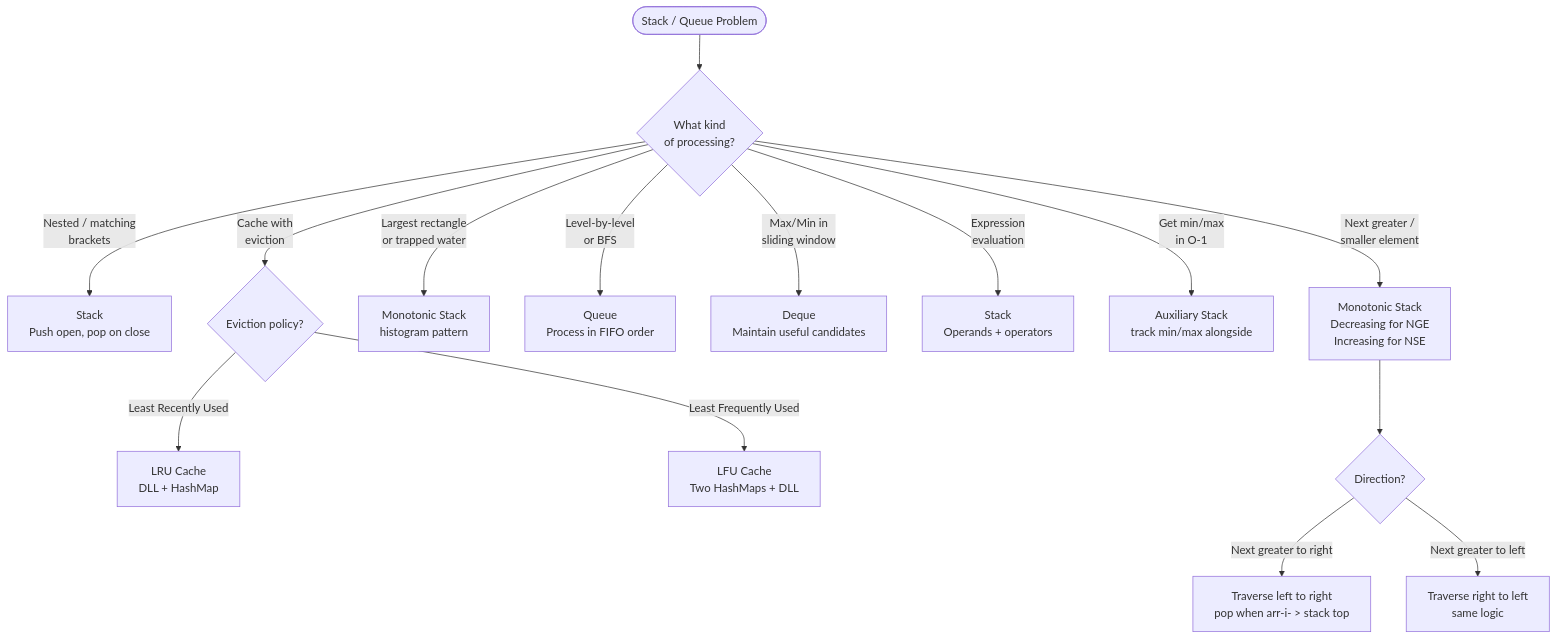
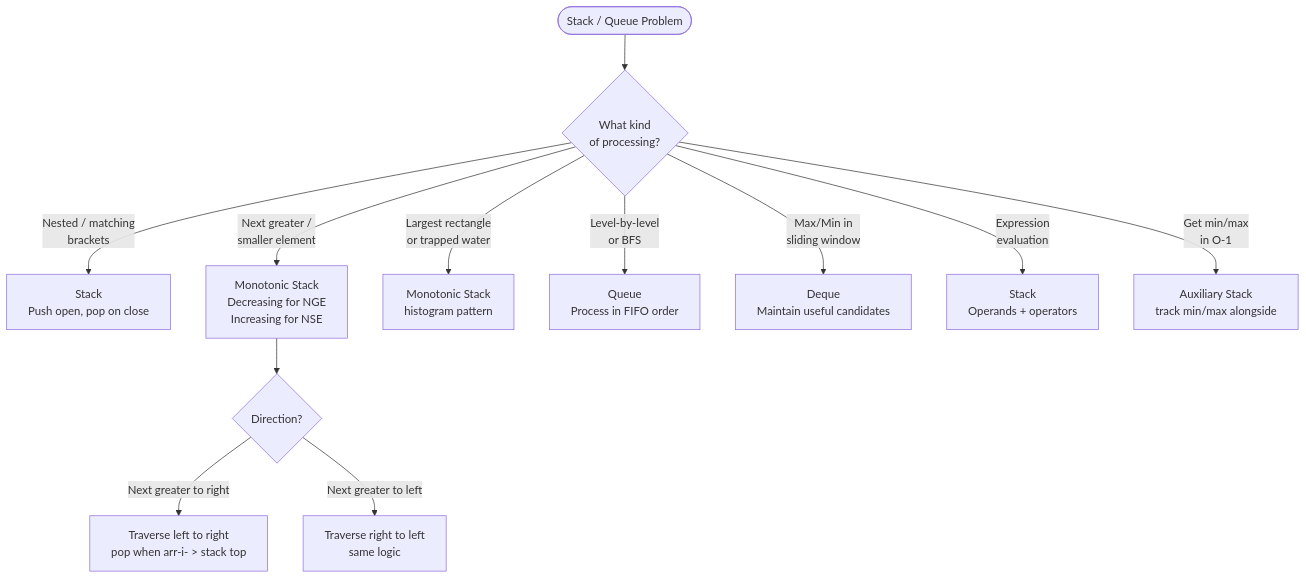
One commit to gupta24789/dsa-tracker changed the diagram in src/concepts/stackAndQueue.md. Above: the diagram before and after it, drawn with Mermaid. The commit also changed other lines of this file and 46 other files, not shown here.

````diff
--- a/src/concepts/stackAndQueue.md
+++ b/src/concepts/stackAndQueue.md
@@ -270,17 +240,14 @@
 ```mermaid
 flowchart TD
     A([Stack / Queue Problem]) --> B{What kind\nof processing?}
     B -->|Nested / matching\nbrackets| C[Stack\nPush open, pop on close]
     B -->|Next greater /\nsmaller element| D[Monotonic Stack\nDecreasing for NGE\nIncreasing for NSE]
     B -->|Largest rectangle\nor trapped water| E[Monotonic Stack\nhistogram pattern]
     B -->|Level-by-level\nor BFS| F[Queue\nProcess in FIFO order]
     B -->|Max/Min in\nsliding window| G[Deque\nMaintain useful candidates]
     B -->|Expression\nevaluation| H[Stack\nOperands + operators]
     B -->|Get min/max\nin O-1| I[Auxiliary Stack\ntrack min/max alongside]
-    B -->|Cache with\neviction| J{Eviction policy?}
-    J -->|Least Recently Used| K[LRU Cache\nDLL + HashMap]
-    J -->|Least Frequently Used| L[LFU Cache\nTwo HashMaps + DLL]
-    D --> M{Direction?}
-    M -->|Next greater to right| N[Traverse left to right\npop when arr-i- > stack top]
-    M -->|Next greater to left| O[Traverse right to left\nsame logic]
+    D --> J{Direction?}
+    J -->|Next greater to right| K[Traverse left to right\npop when arr-i- > stack top]
+    J -->|Next greater to left| L[Traverse right to left\nsame logic]
 ```
````
